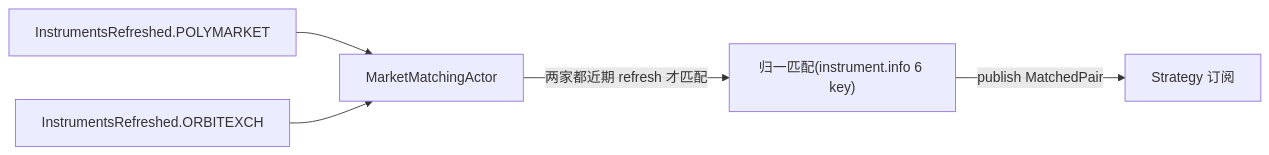
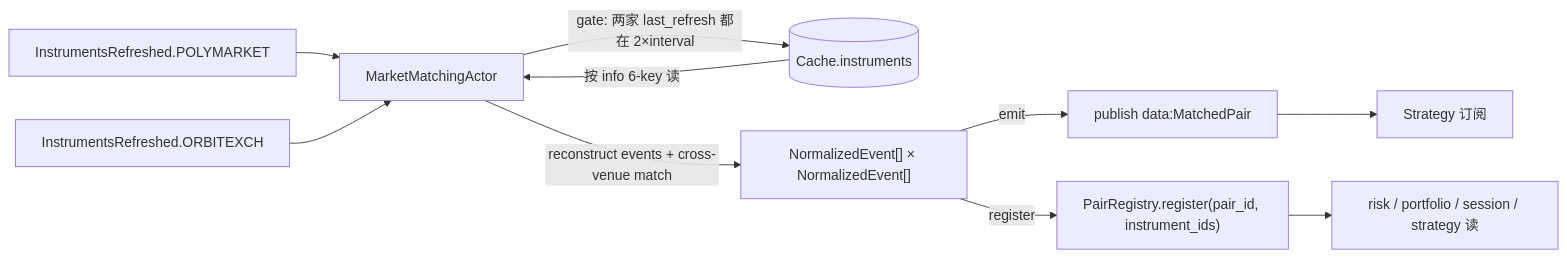
One commit to psnewer/nautilus_trader changed the first of 2 diagrams in docs/arbitrage/architectures/matching/architecture.md. Above: the diagram before and after it, drawn with Mermaid. The commit also changed other lines of this file and 113 other files, not shown here.

````diff
--- a/docs/arbitrage/architectures/matching/architecture.md
+++ b/docs/arbitrage/architectures/matching/architecture.md
@@ -12,7 +27,12 @@
 ```mermaid
 flowchart LR
   EVpm["InstrumentsRefreshed.POLYMARKET"] --> MA[MarketMatchingActor]
   EVoe["InstrumentsRefreshed.ORBITEXCH"] --> MA
-  MA -->|两家都近期 refresh 才匹配| MATCH["归一匹配(instrument.info 6 key)"]
-  MATCH -->|publish MatchedPair| ST[Strategy 订阅]
+  MA -->|gate: 两家 last_refresh 都在 2×interval| C[(Cache.instruments)]
+  C -->|按 info 6-key 读| MA
+  MA -->|reconstruct events + cross-venue match| MATCH["NormalizedEvent[] × NormalizedEvent[]"]
+  MATCH -->|emit| EV["publish data:MatchedPair"]
+  MATCH -->|register| REG["PairRegistry.register(pair_id, instrument_ids)"]
+  REG --> RPS["risk / portfolio / session / strategy 读"]
+  EV --> ST[Strategy 订阅]
 ```
````
